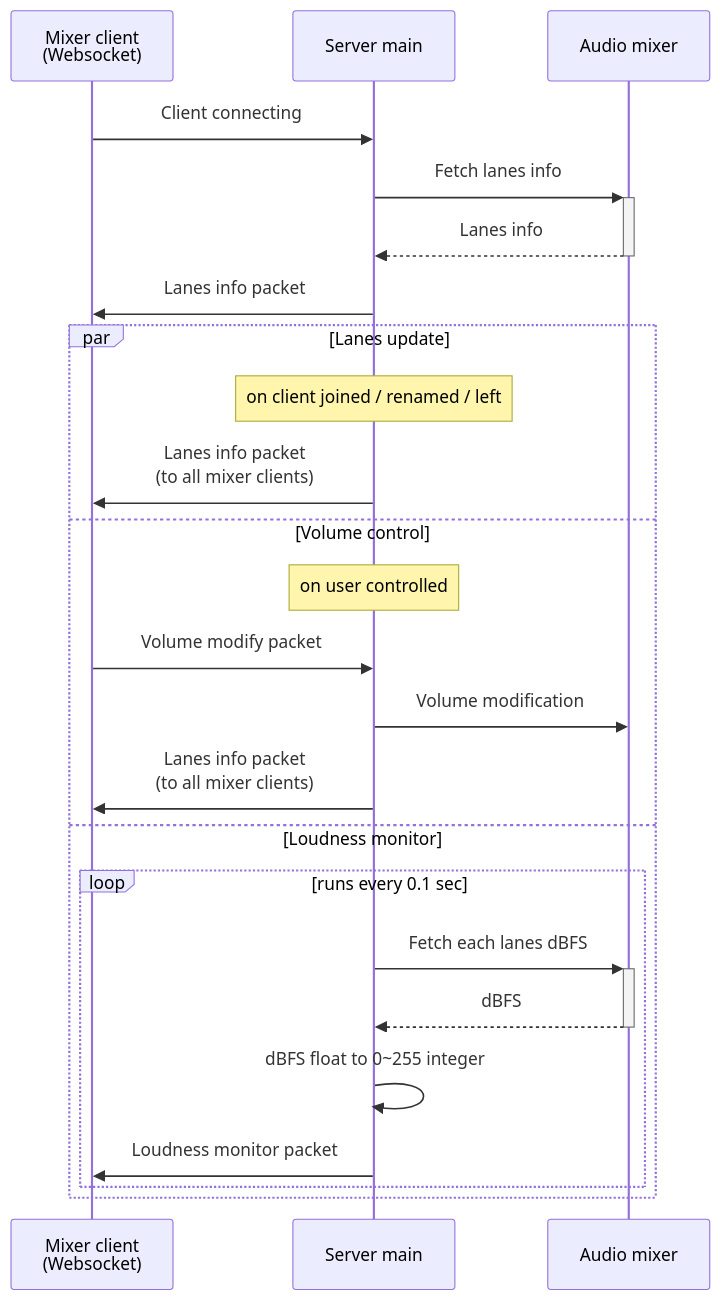
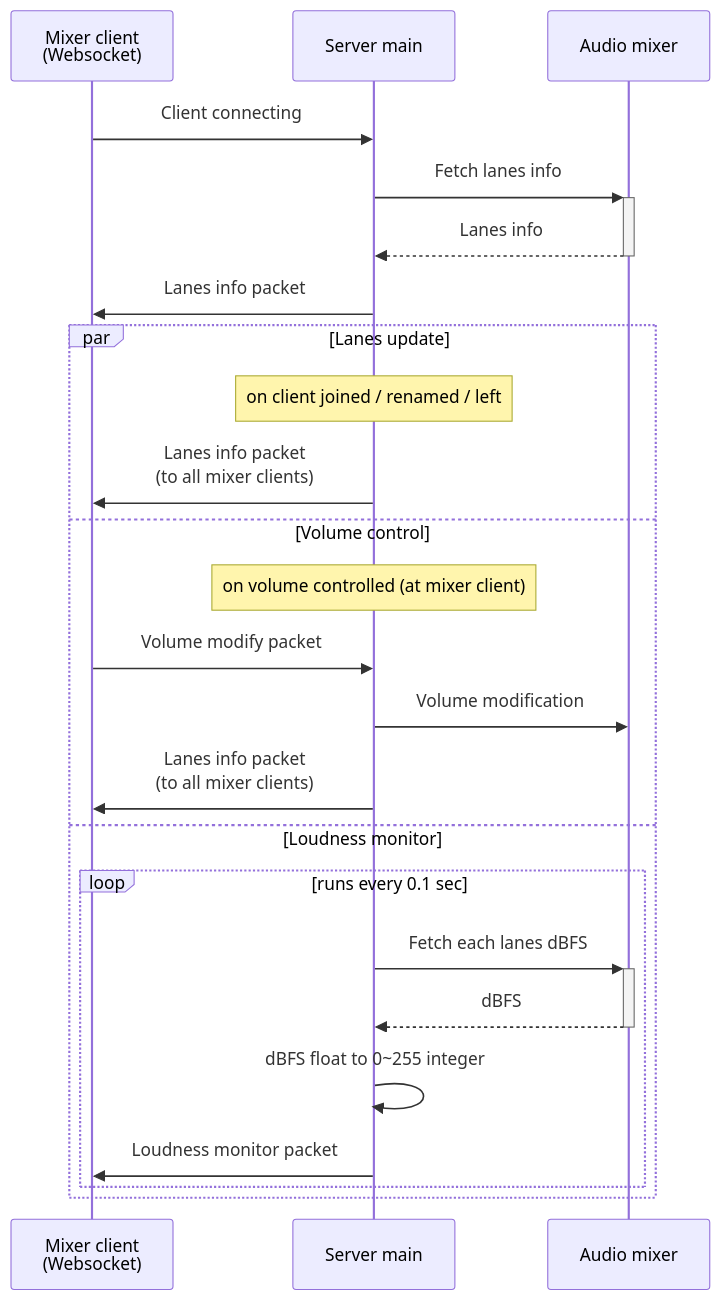
Before and after one commit to aKuad/web-intercom: the second of 2 diagrams in designs/server-sequence.md, drawn with Mermaid.

Commit message:
Fix: Volume controlling note at `server-sequence.md` unified to `mixer-client-sequence.md`

````diff
--- a/designs/server-sequence.md
+++ b/designs/server-sequence.md
@@ -24,28 +24,28 @@
 ```mermaid
 sequenceDiagram
   participant WSM as Mixer client<br>(Websocket)
   participant S as Server main
   participant AM as Audio mixer
 
   WSM->>S: Client connecting
   S->>+AM: Fetch lanes info
   AM-->>-S: Lanes info
   S->>WSM: Lanes info packet
 
   par Lanes update
     Note over S: on client joined / renamed / left
     S->>WSM: Lanes info packet<br>(to all mixer clients)
   and Volume control
-    Note over S: on user controlled
+    Note over S: on volume controlled (at mixer client)
     WSM->>S: Volume modify packet
     S->>AM: Volume modification
     S->>WSM: Lanes info packet<br>(to all mixer clients)
   and Loudness monitor
     loop runs every 0.1 sec
       S->>+AM: Fetch each lanes dBFS
       AM-->>-S: dBFS
       S->>S: dBFS float to 0~255 integer
       S->>WSM: Loudness monitor packet
     end
   end
 ```
````
